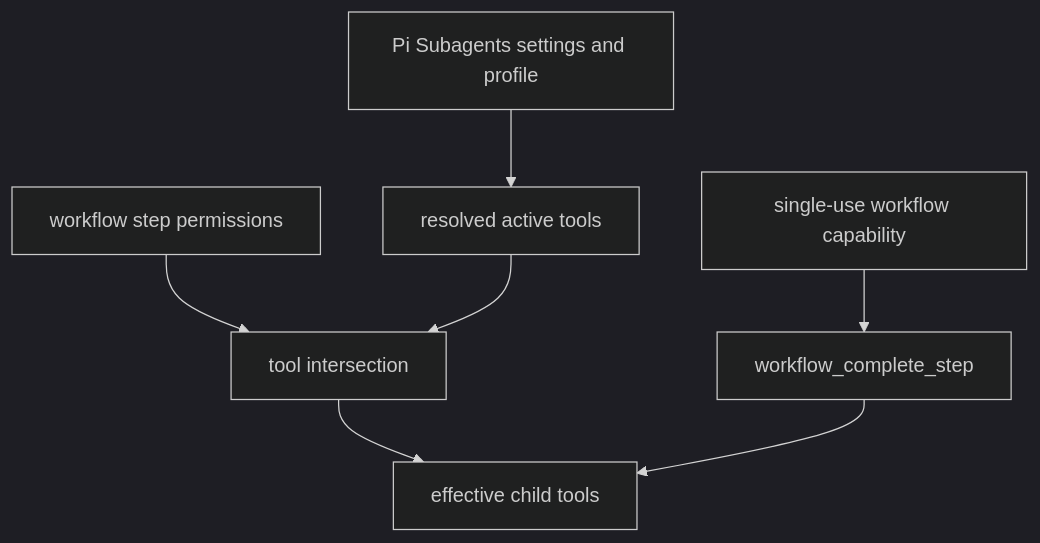
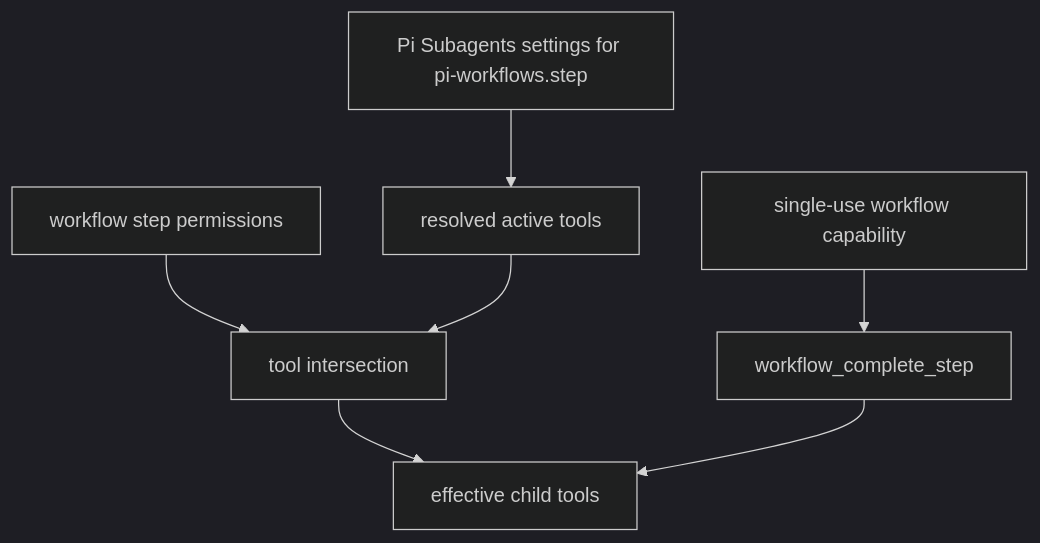
Before and after one commit to wichayutdew/pi-workflows: the sixth of 6 diagrams in openwiki/integrations/subagents.md, drawn with Mermaid (dark theme). The commit also changed other lines of this file and 32 other files, not shown here.

````diff
--- a/openwiki/integrations/subagents.md
+++ b/openwiki/integrations/subagents.md
@@ -136,9 +145,9 @@
 ```mermaid
 flowchart TD
-  Settings[Pi Subagents settings and profile] --> Profile[resolved active tools]
+  Settings[Pi Subagents settings for pi-workflows.step] --> Runtime[resolved active tools]
   Workflow[workflow step permissions] --> Intersection[tool intersection]
-  Profile --> Intersection
+  Runtime --> Intersection
   Capability[single-use workflow capability] --> Completion[workflow_complete_step]
   Intersection --> Effective[effective child tools]
   Completion --> Effective
 ```
````
